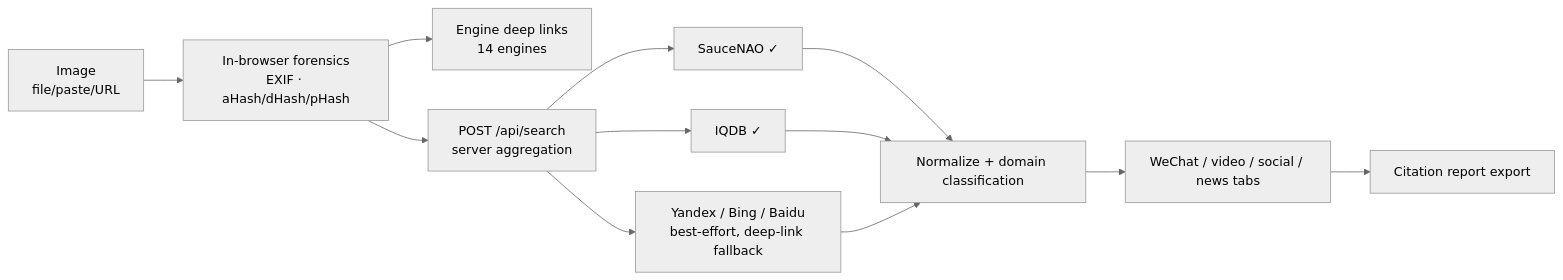
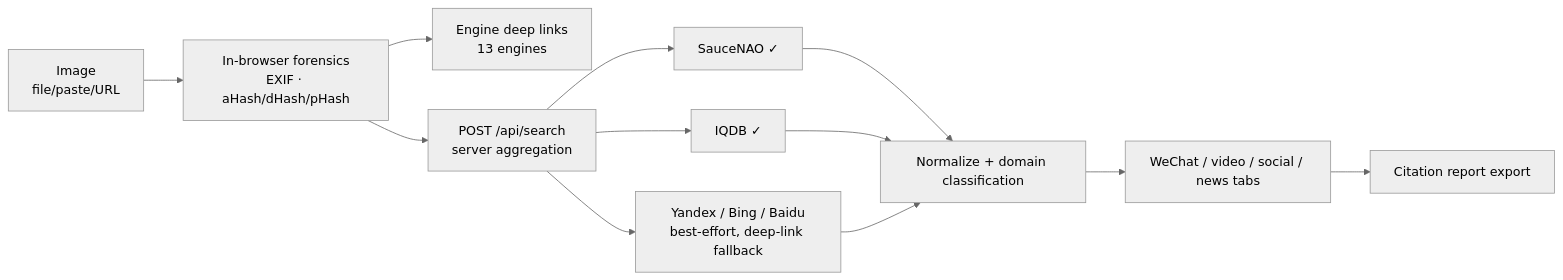
The diagram in README.en.md (xiaoanping-101/pictrace), drawn with Mermaid (neutral theme) before and after one commit. The commit also changed other lines of this file and 14 other files, not shown here.

````diff
--- a/README.en.md
+++ b/README.en.md
@@ -57,12 +57,12 @@
 ```mermaid
 flowchart LR
     A[Image<br/>file/paste/URL] --> B[In-browser forensics<br/>EXIF · aHash/dHash/pHash]
-    B --> C[Engine deep links<br/>14 engines]
+    B --> C[Engine deep links<br/>13 engines]
     B --> F[POST /api/search<br/>server aggregation]
     F --> G[SauceNAO ✓]
     F --> H[IQDB ✓]
     F --> I[Yandex / Bing / Baidu<br/>best-effort, deep-link fallback]
     G & H & I --> J[Normalize + domain classification]
     J --> K[WeChat / video / social / news tabs]
     K --> L[Citation report export]
 ```
````
